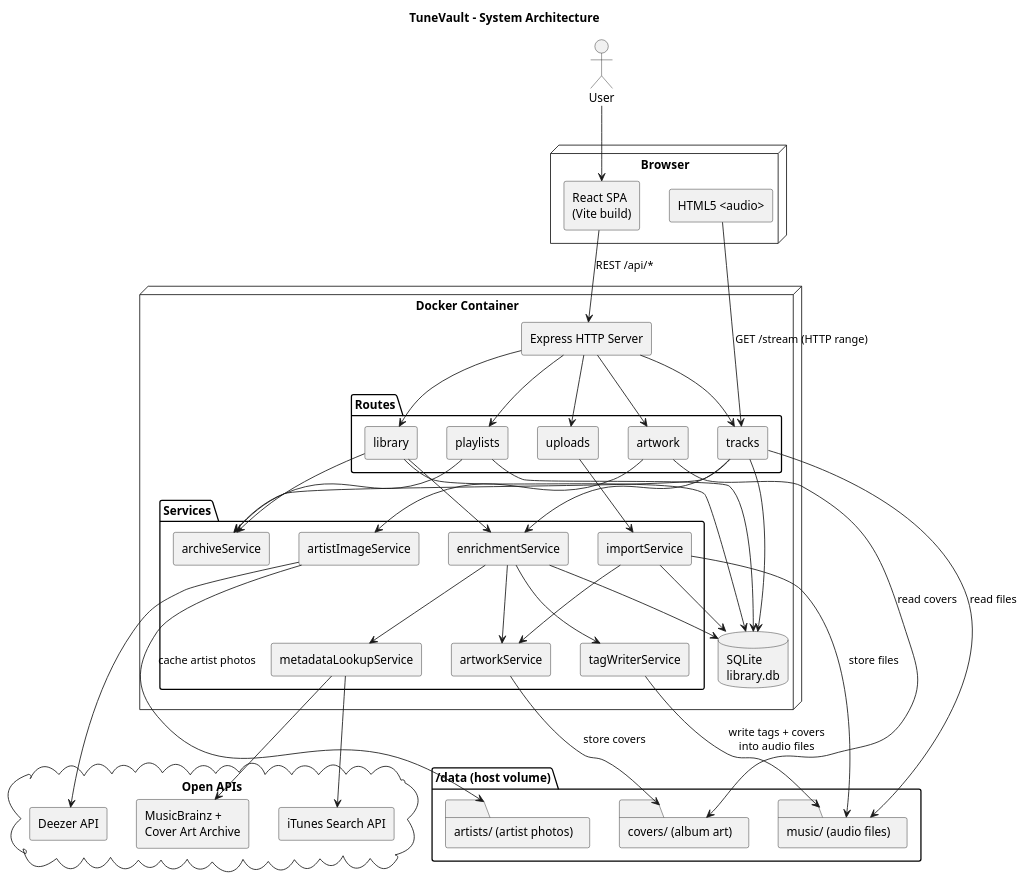
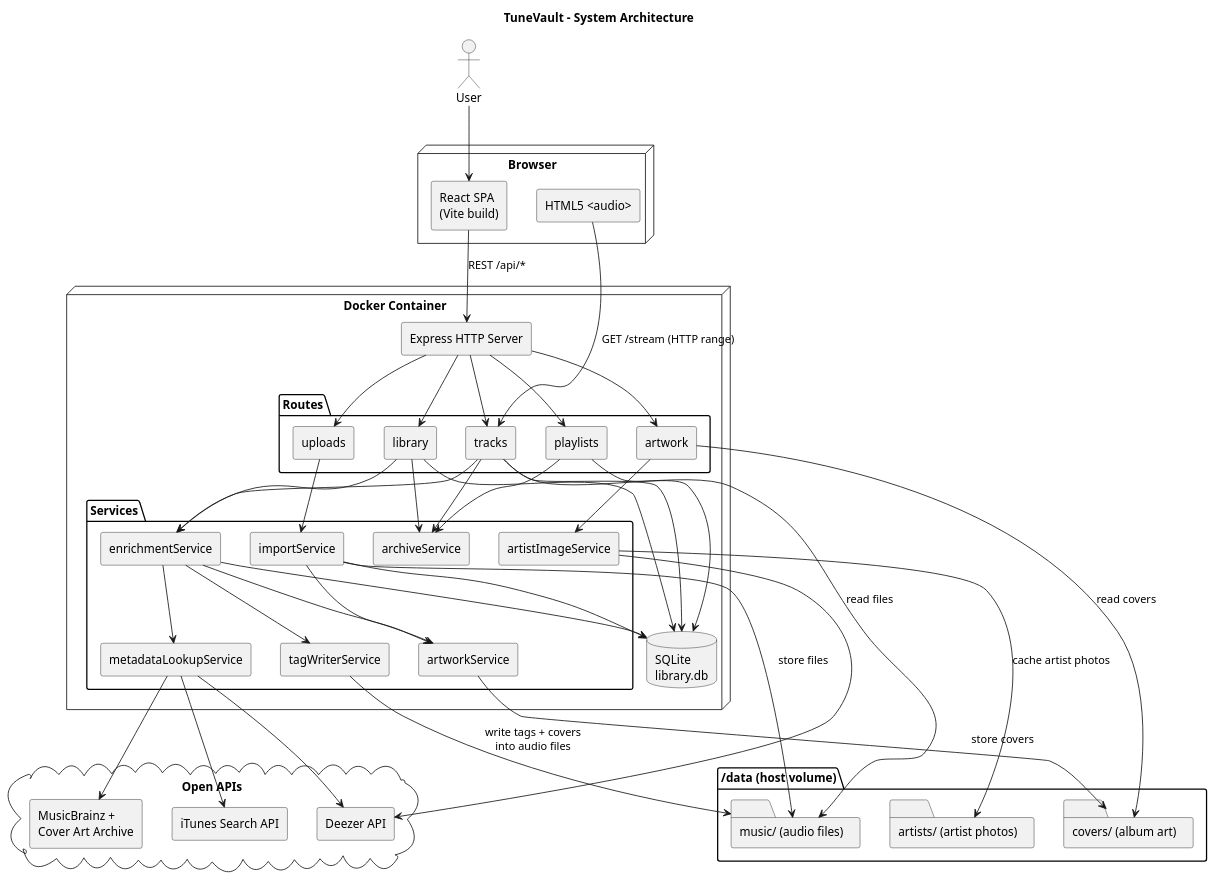
One commit to sandschm/TuneVault changed the diagram in docs/diagrams/architecture.puml. Above: the diagram before and after it, drawn with PlantUML. The commit also changed 14 other files, not shown here.

```diff
--- a/docs/diagrams/architecture.puml
+++ b/docs/diagrams/architecture.puml
@@ -1,83 +1,84 @@
 @startuml architecture
 title TuneVault - System Architecture
 
 skinparam componentStyle rectangle
 
 actor "User" as user
 
 node "Browser" {
   [React SPA\n(Vite build)] as spa
   [HTML5 <audio>] as audio
 }
 
 node "Docker Container" {
   [Express HTTP Server] as express
   package "Routes" {
     [tracks] as rTracks
     [library] as rLibrary
     [playlists] as rPlaylists
     [uploads] as rUploads
     [artwork] as rArtwork
   }
   package "Services" {
     [importService] as sImport
     [archiveService] as sArchive
     [metadataLookupService] as sLookup
     [artworkService] as sArtwork
     [artistImageService] as sArtistImg
     [enrichmentService] as sEnrich
     [tagWriterService] as sTagWriter
   }
   database "SQLite\nlibrary.db" as db
 }
 
 folder "/data (host volume)" {
   folder "music/ (audio files)" as musicFs
   folder "covers/ (album art)" as coversFs
   folder "artists/ (artist photos)" as artistsFs
 }
 
 cloud "Open APIs" {
   [iTunes Search API] as itunes
   [MusicBrainz +\nCover Art Archive] as mb
   [Deezer API] as deezer
 }
 
 user --> spa
 spa --> express : REST /api/*
 audio --> rTracks : GET /stream (HTTP range)
 
 express --> rTracks
 express --> rLibrary
 express --> rPlaylists
 express --> rUploads
 express --> rArtwork
 
 rUploads --> sImport
 rTracks --> sArchive
 rTracks --> sEnrich
 rLibrary --> sArchive
 rLibrary --> sEnrich
 rPlaylists --> sArchive
 sImport --> sArtwork
 sEnrich --> sLookup
 sEnrich --> sArtwork
 sEnrich --> sTagWriter
 sLookup --> itunes
 sLookup --> mb
+sLookup --> deezer
 rArtwork --> sArtistImg
 sArtistImg --> deezer
 sArtistImg --> artistsFs : cache artist photos
 
 sImport --> musicFs : store files
 sArtwork --> coversFs : store covers
 sTagWriter --> musicFs : write tags + covers\ninto audio files
 rTracks --> musicFs : read files
 rArtwork --> coversFs : read covers
 
 rTracks --> db
 rLibrary --> db
 rPlaylists --> db
 sImport --> db
 sEnrich --> db
 @enduml
```
